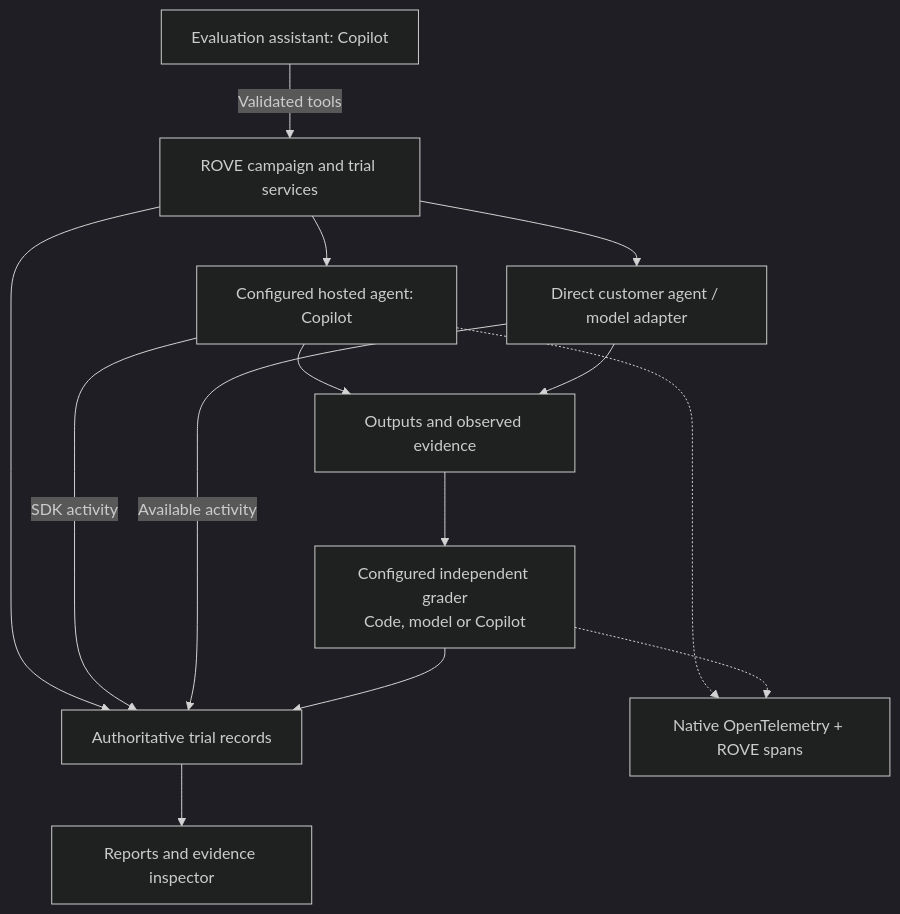
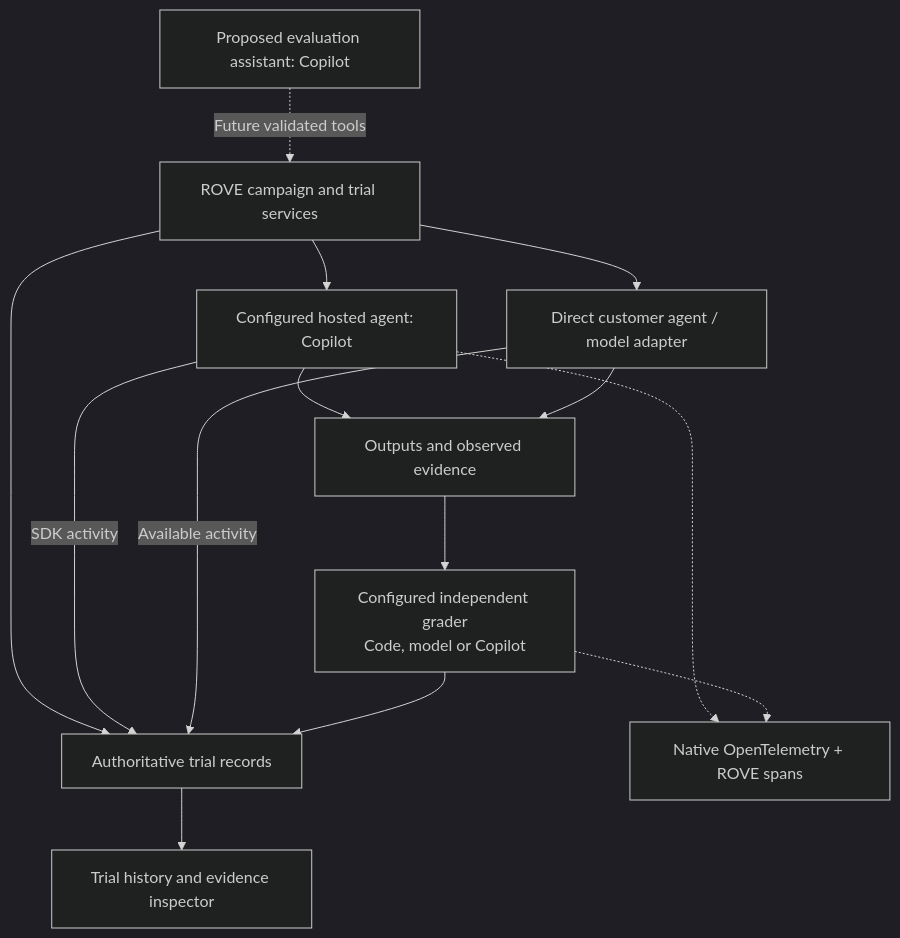
The diagram in docs/architecture/ADR-024-copilot-runtime-and-observability.md (niksacdev/rove), drawn with Mermaid (dark theme) before and after one commit. The commit also changed other lines of this file and 33 other files, not shown here.

Commit message:
Record durable trials and add Copilot runtime with evidence history (#17)

````diff
--- a/docs/architecture/ADR-024-copilot-runtime-and-observability.md
+++ b/docs/architecture/ADR-024-copilot-runtime-and-observability.md
@@ -32,16 +33,16 @@
 ```mermaid
 flowchart TD
-    A["Evaluation assistant: Copilot"] -->|"Validated tools"| C["ROVE campaign and trial services"]
+    A["Proposed evaluation assistant: Copilot"] -.->|"Future validated tools"| C["ROVE campaign and trial services"]
     C --> H["Configured hosted agent: Copilot"]
     C --> X["Direct customer agent / model adapter"]
     H --> E["Outputs and observed evidence"]
     X --> E
     E --> G["Configured independent grader<br/>Code, model or Copilot"]
     C --> D["Authoritative trial records"]
     H -->|"SDK activity"| D
     X -->|"Available activity"| D
     G --> D
     H -.-> O["Native OpenTelemetry + ROVE spans"]
     G -.-> O
-    D --> R["Reports and evidence inspector"]
+    D --> R["Trial history and evidence inspector"]
 ```
````
